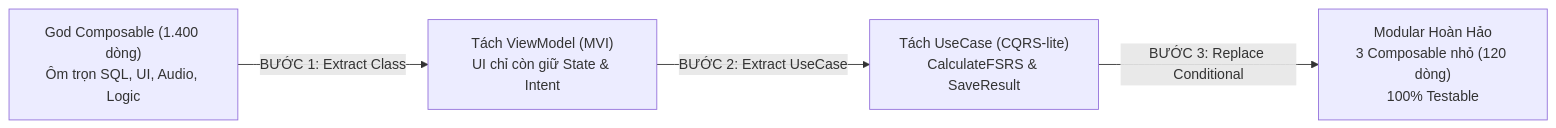
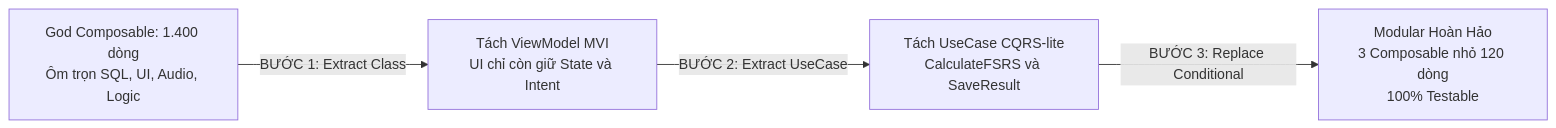
One commit to vinh-gogo/glory-hinody changed the second of 2 diagrams in content/posts/skills-kmp-architecture-design-patterns.md. Above: the diagram before and after it, drawn with Mermaid. The commit also changed other lines of this file and 3 other files, not shown here.

Commit message:
fix: remove stat tags from post detail and fix mermaid diagram syntax

````diff
--- a/content/posts/skills-kmp-architecture-design-patterns.md
+++ b/content/posts/skills-kmp-architecture-design-patterns.md
@@ -250,7 +250,6 @@
 ```mermaid
 flowchart LR
-    A["God Composable (1.400 dòng)<br/>Ôm trọn SQL, UI, Audio, Logic"]
-    -->|"BƯỚC 1: Extract Class"| B["Tách ViewModel (MVI)<br/>UI chỉ còn giữ State & Intent"]
-    -->|"BƯỚC 2: Extract UseCase"| C["Tách UseCase (CQRS-lite)<br/>CalculateFSRS & SaveResult"]
-    -->|"BƯỚC 3: Replace Conditional"| D["Modular Hoàn Hảo<br/>3 Composable nhỏ (120 dòng)<br/>100% Testable"]
+    A["God Composable: 1.400 dòng<br/>Ôm trọn SQL, UI, Audio, Logic"] -->|BƯỚC 1: Extract Class| B["Tách ViewModel MVI<br/>UI chỉ còn giữ State và Intent"]
+    B -->|BƯỚC 2: Extract UseCase| C["Tách UseCase CQRS-lite<br/>CalculateFSRS và SaveResult"]
+    C -->|BƯỚC 3: Replace Conditional| D["Modular Hoàn Hảo<br/>3 Composable nhỏ 120 dòng<br/>100% Testable"]
 ```
````
